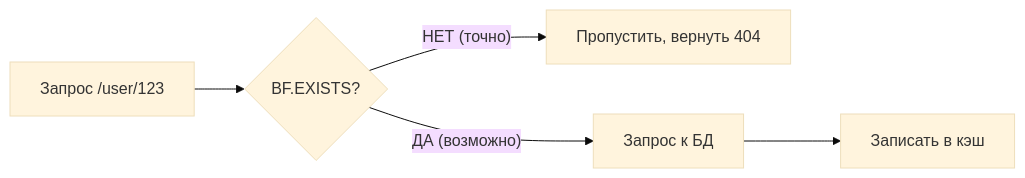
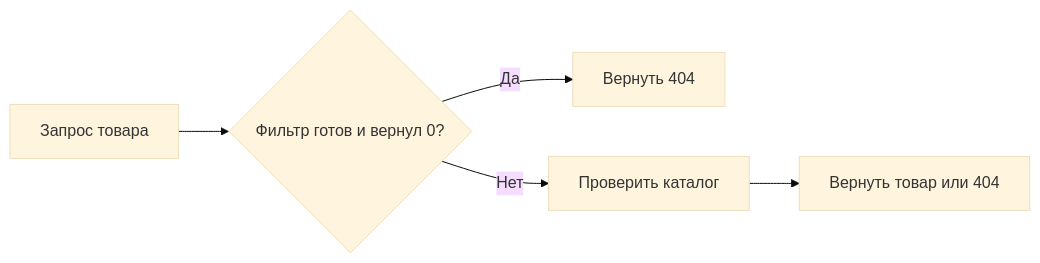
One commit to akeverus/cheat-sheet changed diagram 14 of 14 in cheatsheets/interview/databases/redis-interview.md. Above: the diagram before and after it, drawn with Mermaid (base theme). The commit also changed other lines of this file and 154 other files, not shown here.

````diff
--- a/cheatsheets/interview/databases/redis-interview.md
+++ b/cheatsheets/interview/databases/redis-interview.md
@@ -2304,7 +2009,7 @@
 ```mermaid
 graph LR
-    Req["Запрос /user/123"] --> BF{"BF.EXISTS?"}
-    BF -->|"НЕТ (точно)"| Skip["Пропустить, вернуть 404"]
-    BF -->|"ДА (возможно)"| DB["Запрос к БД"]
-    DB --> Cache["Записать в кэш"]
+    Req["Запрос товара"] --> BF{"Фильтр готов и вернул 0?"}
+    BF -->|Да| Skip["Вернуть 404"]
+    BF -->|Нет| DB["Проверить каталог"]
+    DB --> Result["Вернуть товар или 404"]
 ```
````
